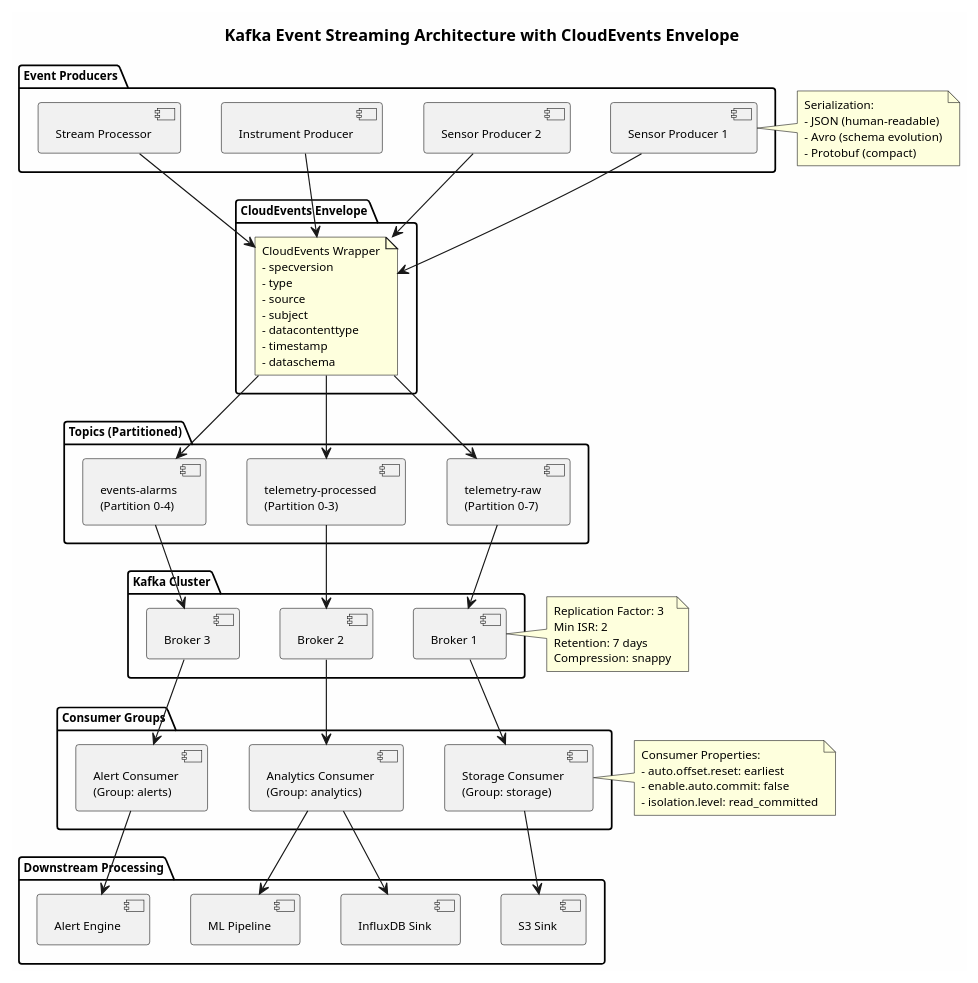
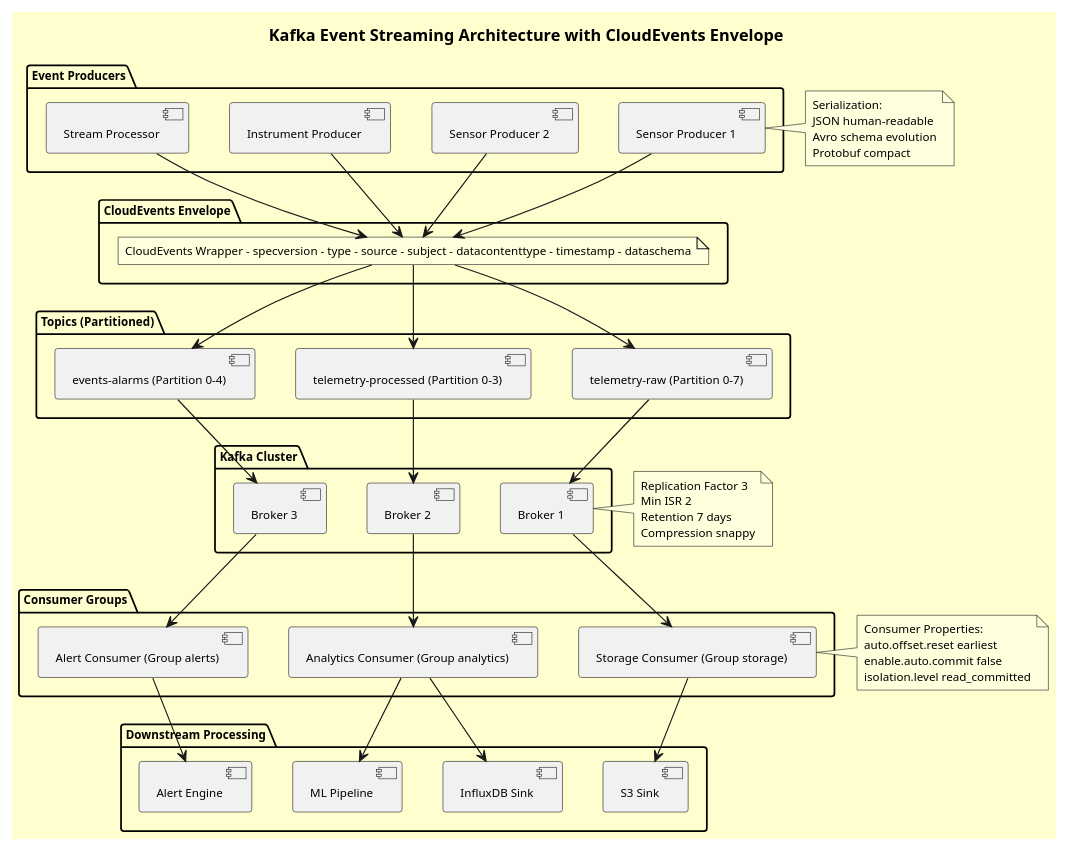
Before and after one commit to mwwhited-notes/shared: the diagram in projects/synchronized-telemetry-streaming-research/diagrams/architecture/kafka-event-architecture.puml, drawn with PlantUML. The commit also changed 8 other files, not shown here.

Commit message:
update diagrams

```diff
--- a/projects/synchronized-telemetry-streaming-research/diagrams/architecture/kafka-event-architecture.puml
+++ b/projects/synchronized-telemetry-streaming-research/diagrams/architecture/kafka-event-architecture.puml
@@ -1,88 +1,87 @@
 @startuml Kafka Event Streaming with CloudEvents
-skinparam backgroundColor #FEFEFE
+skinparam backgroundColor #FEFECE
 skinparam defaultFontName Helvetica
 skinparam defaultFontSize 10
 
 title Kafka Event Streaming Architecture with CloudEvents Envelope
 
 package "Event Producers" {
     component [Sensor Producer 1] as prod1
     component [Sensor Producer 2] as prod2
     component [Instrument Producer] as prod3
     component [Stream Processor] as prod4
 }
 
 package "CloudEvents Envelope" {
-    note "CloudEvents Wrapper\n- specversion\n- type\n- source\n- subject\n- datacontenttype\n- timestamp\n- dataschema" as ce_note
+    note "CloudEvents Wrapper - specversion - type - source - subject - datacontenttype - timestamp - dataschema" as ce_note
 }
 
 package "Kafka Cluster" {
     component [Broker 1] as broker1
     component [Broker 2] as broker2
     component [Broker 3] as broker3
 }
 
 package "Topics (Partitioned)" {
-    queue [telemetry-raw\n(Partition 0-7)] as topic_raw
-    queue [telemetry-processed\n(Partition 0-3)] as topic_proc
-    queue [events-alarms\n(Partition 0-4)] as topic_alarms
+    queue [telemetry-raw (Partition 0-7)] as topic_raw
+    queue [telemetry-processed (Partition 0-3)] as topic_proc
+    queue [events-alarms (Partition 0-4)] as topic_alarms
 }
 
 package "Consumer Groups" {
-    component [Storage Consumer\n(Group: storage)] as consumer_storage
-    component [Analytics Consumer\n(Group: analytics)] as consumer_analytics
-    component [Alert Consumer\n(Group: alerts)] as consumer_alerts
+    component [Storage Consumer (Group storage)] as consumer_storage
+    component [Analytics Consumer (Group analytics)] as consumer_analytics
+    component [Alert Consumer (Group alerts)] as consumer_alerts
 }
 
 package "Downstream Processing" {
     component [S3 Sink] as s3_sink
     component [InfluxDB Sink] as influx_sink
     component [Alert Engine] as alert_engine
     component [ML Pipeline] as ml_pipe
 }
 
-' Flows
 prod1 --> ce_note
 prod2 --> ce_note
 prod3 --> ce_note
 prod4 --> ce_note
 
 ce_note --> topic_raw
 ce_note --> topic_proc
 ce_note --> topic_alarms
 
 topic_raw --> broker1
 topic_proc --> broker2
 topic_alarms --> broker3
 
 broker1 --> consumer_storage
 broker2 --> consumer_analytics
 broker3 --> consumer_alerts
 
 consumer_storage --> s3_sink
 consumer_analytics --> influx_sink
 consumer_analytics --> ml_pipe
 consumer_alerts --> alert_engine
 
 note right of prod1
   Serialization:
-  - JSON (human-readable)
-  - Avro (schema evolution)
-  - Protobuf (compact)
+  JSON human-readable
+  Avro schema evolution
+  Protobuf compact
 end note
 
 note right of broker1
-  Replication Factor: 3
-  Min ISR: 2
-  Retention: 7 days
-  Compression: snappy
+  Replication Factor 3
+  Min ISR 2
+  Retention 7 days
+  Compression snappy
 end note
 
 note right of consumer_storage
   Consumer Properties:
-  - auto.offset.reset: earliest
-  - enable.auto.commit: false
-  - isolation.level: read_committed
+  auto.offset.reset earliest
+  enable.auto.commit false
+  isolation.level read_committed
 end note
 
 @enduml
```
